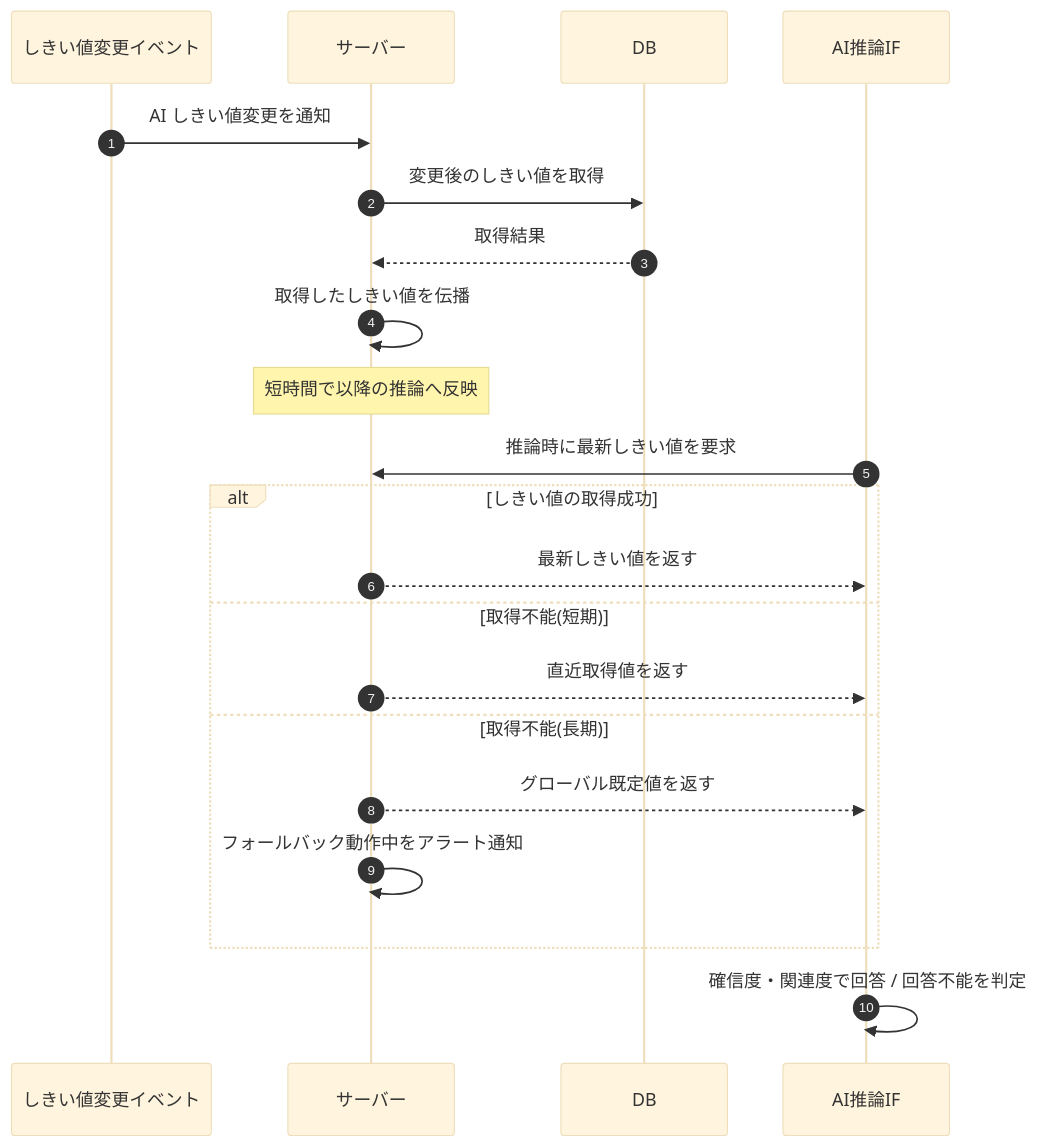
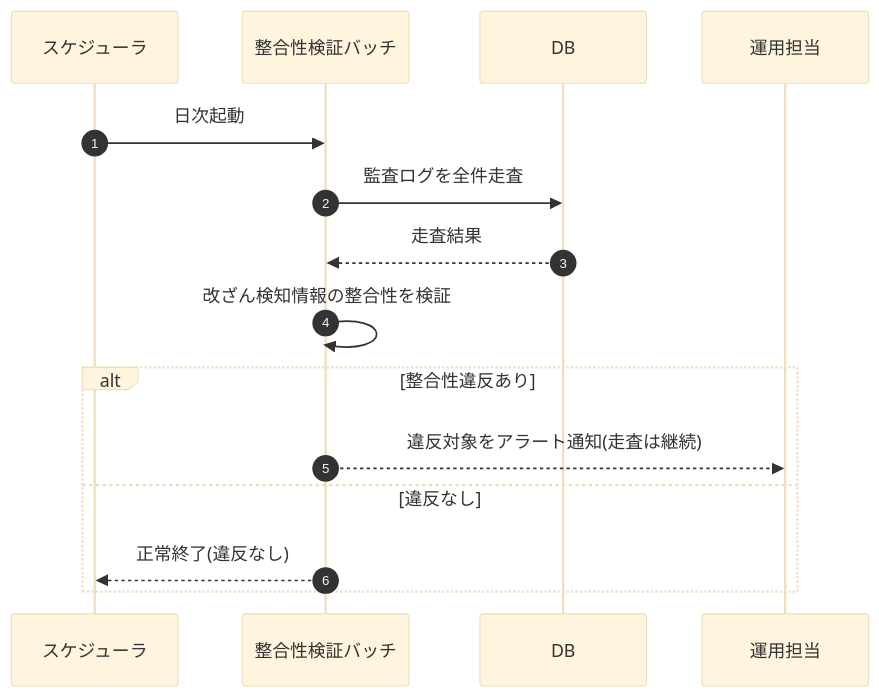
The diagram in 02_basic_design/03_sequences/SEQ-105.md (sikakou54/open-faq), drawn with Mermaid (base theme) before and after one commit. The commit also changed other lines of this file and 395 other files, not shown here.

````diff
--- a/02_basic_design/03_sequences/SEQ-105.md
+++ b/02_basic_design/03_sequences/SEQ-105.md
@@ -25,23 +25,17 @@
 ```mermaid
 sequenceDiagram
   autonumber
-  participant E as しきい値変更イベント
-  participant Server as サーバー
+  participant SCH as スケジューラ
+  participant B as 整合性検証バッチ
   participant DB as DB
-  participant AI as AI推論IF
-  E->>Server: AI しきい値変更を通知
-  Server->>DB: 変更後のしきい値を取得
-  DB-->>Server: 取得結果
-  Server->>Server: 取得したしきい値を伝播
-  Note over Server: 短時間で以降の推論へ反映
-  AI->>Server: 推論時に最新しきい値を要求
-  alt しきい値の取得成功
-    Server-->>AI: 最新しきい値を返す
-  else 取得不能(短期)
-    Server-->>AI: 直近取得値を返す
-  else 取得不能(長期)
-    Server-->>AI: グローバル既定値を返す
-    Server->>Server: フォールバック動作中をアラート通知
+  participant OP as 運用担当
+  SCH->>B: 日次起動
+  B->>DB: 監査ログを全件走査
+  DB-->>B: 走査結果
+  B->>B: 改ざん検知情報の整合性を検証
+  alt 整合性違反あり
+    B-->>OP: 違反対象をアラート通知(走査は継続)
+  else 違反なし
+    B-->>SCH: 正常終了(違反なし)
   end
-  AI->>AI: 確信度・関連度で回答 / 回答不能を判定
 ```
````
